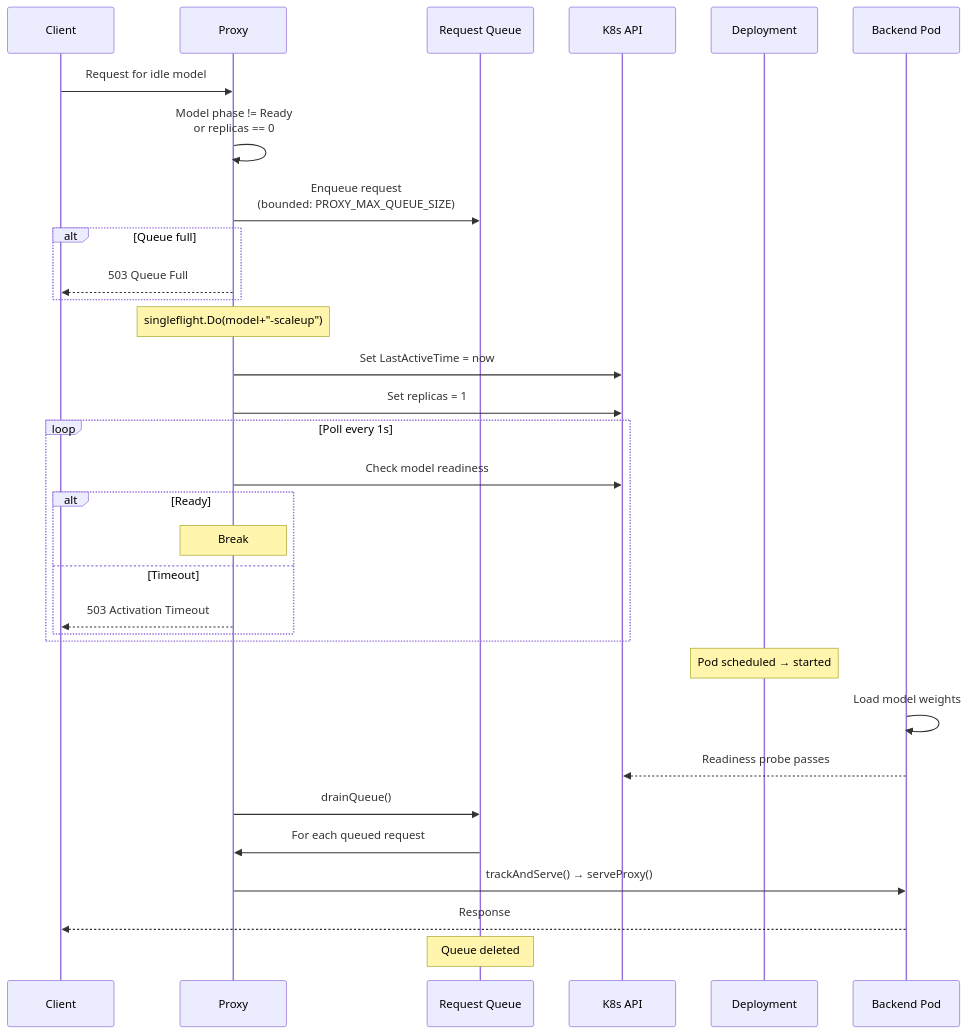
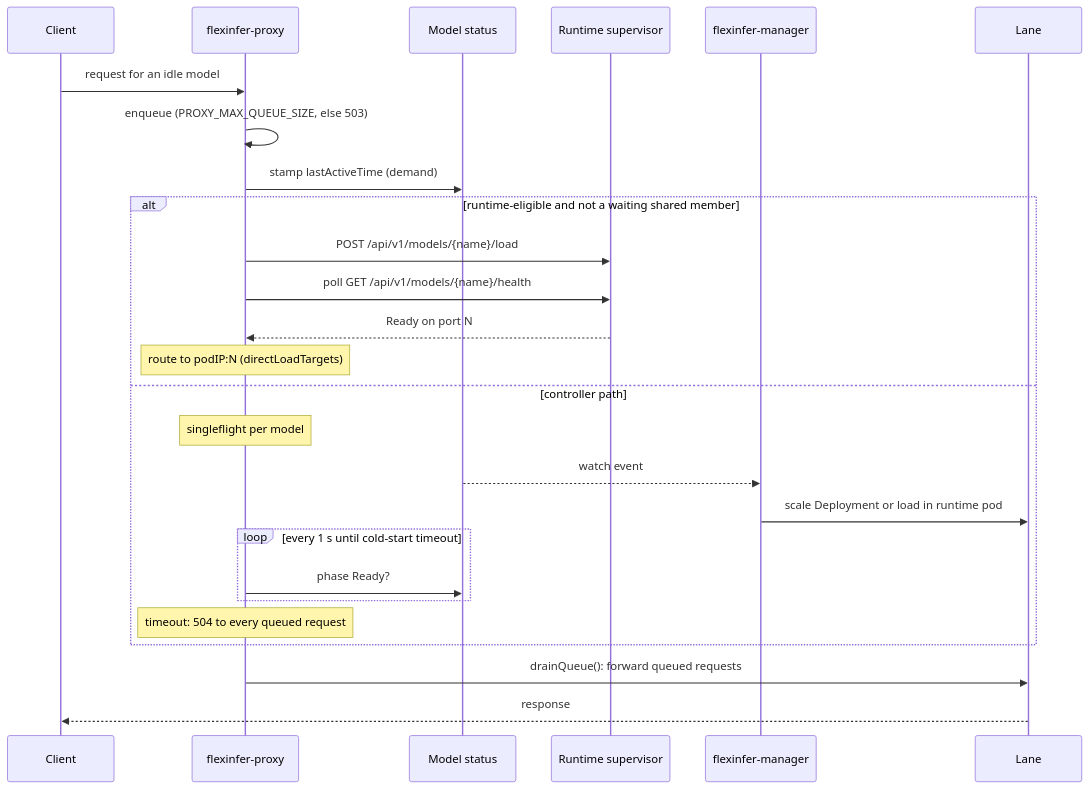
Before and after one commit to flexinfer/flexinfer: the seventh of 7 diagrams in docs/dev/architecture.md, drawn with Mermaid. The commit also changed other lines of this file and 7 other files, not shown here.

````diff
--- a/docs/dev/architecture.md
+++ b/docs/dev/architecture.md
@@ -429,42 +424,31 @@
 ```mermaid
 sequenceDiagram
     participant C as Client
-    participant P as Proxy
-    participant Q as Request Queue
-    participant K as K8s API
-    participant D as Deployment
-    participant B as Backend Pod
+    participant P as flexinfer-proxy
+    participant M as Model status
+    participant S as Runtime supervisor
+    participant Ctrl as flexinfer-manager
+    participant L as Lane
 
-    C->>P: Request for idle model
-    P->>P: Model phase != Ready<br/>or replicas == 0
+    C->>P: request for an idle model
+    P->>P: enqueue (PROXY_MAX_QUEUE_SIZE, else 503)
+    P->>M: stamp lastActiveTime (demand)
 
-    P->>Q: Enqueue request<br/>(bounded: PROXY_MAX_QUEUE_SIZE)
-
-    alt Queue full
-        P-->>C: 503 Queue Full
+    alt runtime-eligible and not a waiting shared member
+        P->>S: POST /api/v1/models/{name}/load
+        P->>S: poll GET /api/v1/models/{name}/health
+        S-->>P: Ready on port N
+        Note over P: route to podIP:N (directLoadTargets)
+    else controller path
+        Note over P: singleflight per model
+        M-->>Ctrl: watch event
+        Ctrl->>L: scale Deployment or load in runtime pod
+        loop every 1 s until cold-start timeout
+            P->>M: phase Ready?
+        end
+        Note over P: timeout: 504 to every queued request
     end
 
-    Note over P: singleflight.Do(model+"-scaleup")
-    P->>K: Set LastActiveTime = now
-    P->>K: Set replicas = 1
-
-    loop Poll every 1s
-        P->>K: Check model readiness
-        alt Ready
-            Note over P: Break
-        else Timeout
-            P-->>C: 503 Activation Timeout
-        end
-    end
-
-    Note over D: Pod scheduled → started
-    B->>B: Load model weights
-    B-->>K: Readiness probe passes
-
-    P->>Q: drainQueue()
-    Q->>P: For each queued request
-    P->>B: trackAndServe() → serveProxy()
-    B-->>C: Response
-
-    Note over Q: Queue deleted
+    P->>L: drainQueue(): forward queued requests
+    L-->>C: response
 ```
````
